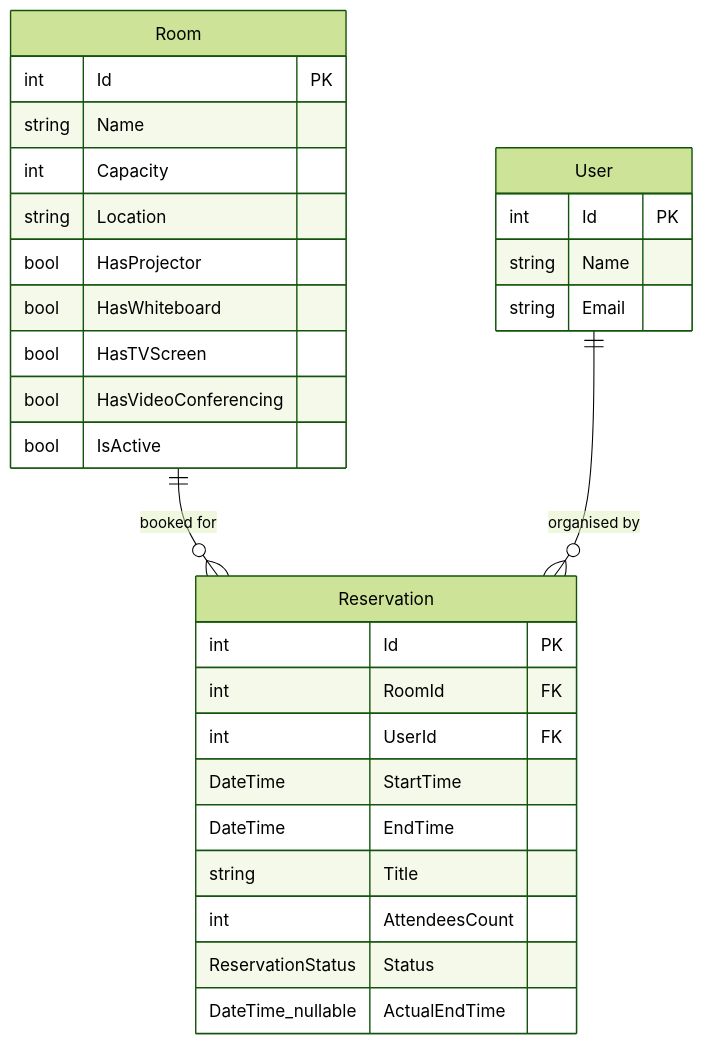
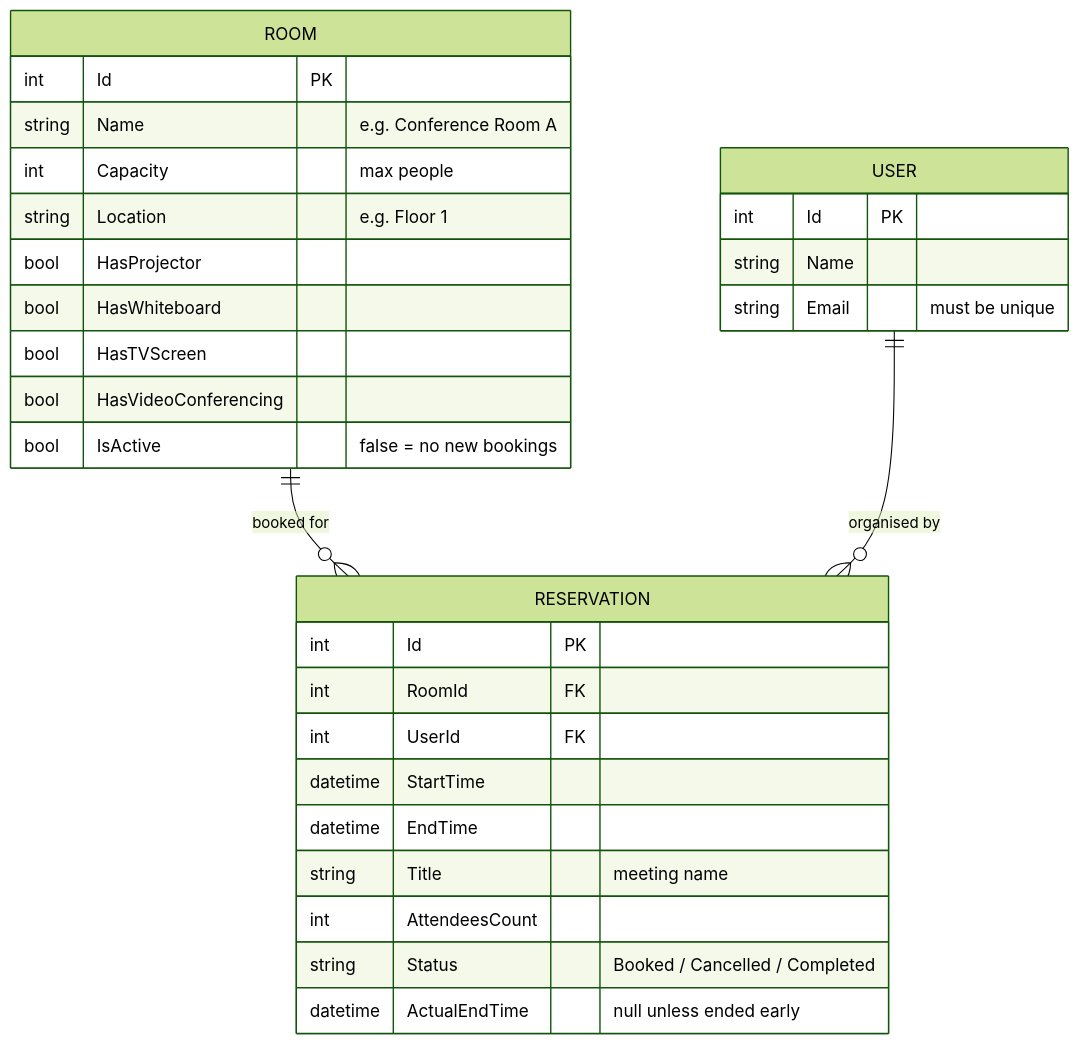
Before and after one commit to Amith-Ganta/room-reservation-system: the fifth of 14 diagrams in SUBMISSION_REPORT.md, drawn with Mermaid (forest theme). The commit also changed other lines of this file, not shown here.

````diff
--- a/SUBMISSION_REPORT.md
+++ b/SUBMISSION_REPORT.md
@@ -126,32 +152,35 @@
 ```mermaid
 erDiagram
-    Room {
+    ROOM {
         int Id PK
-        string Name
-        int Capacity
-        string Location
+        string Name "e.g. Conference Room A"
+        int Capacity "max people"
+        string Location "e.g. Floor 1"
         bool HasProjector
         bool HasWhiteboard
         bool HasTVScreen
         bool HasVideoConferencing
-        bool IsActive
+        bool IsActive "false = no new bookings"
     }
-    User {
+
+    USER {
         int Id PK
         string Name
-        string Email
+        string Email "must be unique"
     }
-    Reservation {
+
+    RESERVATION {
         int Id PK
         int RoomId FK
         int UserId FK
-        DateTime StartTime
-        DateTime EndTime
-        string Title
+        datetime StartTime
+        datetime EndTime
+        string Title "meeting name"
         int AttendeesCount
-        ReservationStatus Status
-        DateTime_nullable ActualEndTime
+        string Status "Booked / Cancelled / Completed"
+        datetime ActualEndTime "null unless ended early"
     }
-    Room ||--o{ Reservation : "booked for"
-    User ||--o{ Reservation : "organised by"
+
+    ROOM ||--o{ RESERVATION : "booked for"
+    USER ||--o{ RESERVATION : "organised by"
 ```
````
